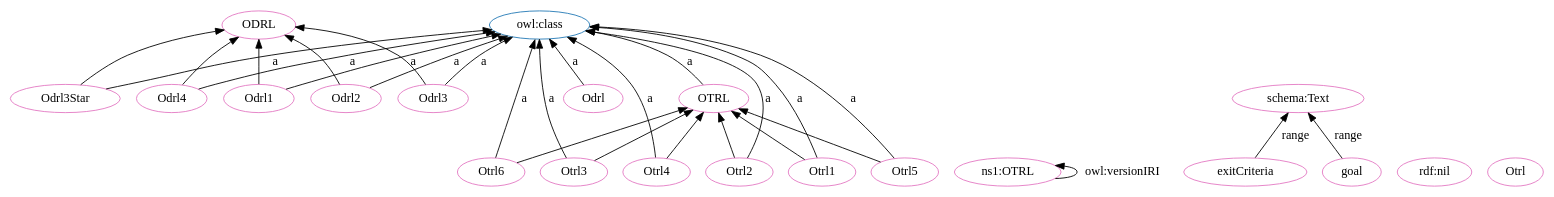
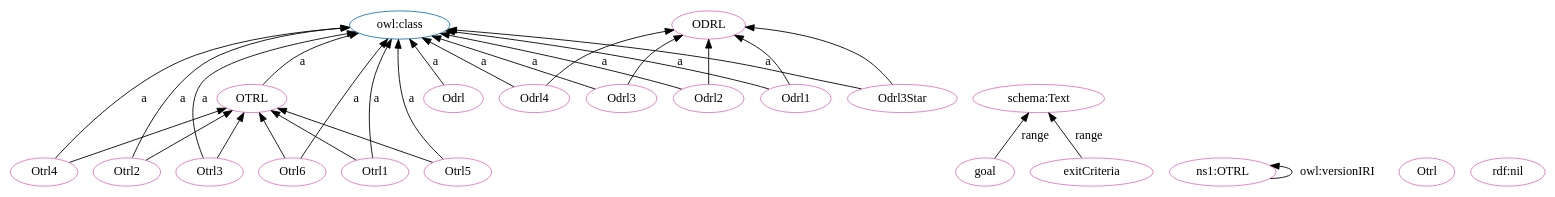
One commit to OPEN-NEXT/OKH-LOSH changed the diagram in OTRL-clean.dot. Above: the diagram before and after it, drawn with Graphviz. The commit also changed other lines of this file and 15 other files, not shown here.

```diff
--- a/OTRL-clean.dot
+++ b/OTRL-clean.dot
@@ -1,54 +1,54 @@
 digraph G {
   rankdir=BT
   node[height=.3]
+"http://www.w3.org/2002/07/owl#class" [fillcolor="#1f77b4" color="#1f77b4" label="owl:class"]
 "http://purl.org/oseg/ontologies/OTRL#ODRL" [fillcolor="#1f77b4" color="#1f77b4" label="ODRL"]
-"http://www.w3.org/2002/07/owl#class" [fillcolor="#1f77b4" color="#1f77b4" label="owl:class"]
 "http://purl.org/oseg/ontologies/OTRL#OTRL" [fillcolor="#1f77b4" color="#1f77b4" label="OTRL"]
-"http://purl.org/oseg/ontologies/OTRL" [fillcolor="#e377c2" color="#e377c2" label="ns1:OTRL"]
-"http://purl.org/oseg/ontologies/OTRL#Odrl3Star" [fillcolor="#e377c2" color="#e377c2" label="Odrl3Star"]
+"http://purl.org/oseg/ontologies/OTRL#Otrl3" [fillcolor="#e377c2" color="#e377c2" label="Otrl3"]
 "http://purl.org/oseg/ontologies/OTRL#Otrl6" [fillcolor="#e377c2" color="#e377c2" label="Otrl6"]
 "http://purl.org/oseg/ontologies/OTRL#ODRL" [fillcolor="#e377c2" color="#e377c2" label="ODRL"]
+"http://purl.org/oseg/ontologies/OTRL#goal" [fillcolor="#e377c2" color="#e377c2" label="goal"]
 "http://purl.org/oseg/ontologies/OTRL#Odrl4" [fillcolor="#e377c2" color="#e377c2" label="Odrl4"]
+"http://purl.org/oseg/ontologies/OTRL#Otrl1" [fillcolor="#e377c2" color="#e377c2" label="Otrl1"]
+"http://purl.org/oseg/ontologies/OTRL#Odrl" [fillcolor="#e377c2" color="#e377c2" label="Odrl"]
+"http://purl.org/oseg/ontologies/OTRL#exitCriteria" [fillcolor="#e377c2" color="#e377c2" label="exitCriteria"]
+"http://purl.org/oseg/ontologies/OTRL#OTRL" [fillcolor="#e377c2" color="#e377c2" label="OTRL"]
+"http://purl.org/oseg/ontologies/OTRL#Otrl5" [fillcolor="#e377c2" color="#e377c2" label="Otrl5"]
+"http://purl.org/oseg/ontologies/OTRL#Odrl3" [fillcolor="#e377c2" color="#e377c2" label="Odrl3"]
 "http://schema.org/Text" [fillcolor="#e377c2" color="#e377c2" label="schema:Text"]
-"http://purl.org/oseg/ontologies/OTRL#OTRL" [fillcolor="#e377c2" color="#e377c2" label="OTRL"]
-"http://purl.org/oseg/ontologies/OTRL#Odrl" [fillcolor="#e377c2" color="#e377c2" label="Odrl"]
-"http://www.w3.org/1999/02/22-rdf-syntax-ns#nil" [fillcolor="#e377c2" color="#e377c2" label="rdf:nil"]
-"http://purl.org/oseg/ontologies/OTRL#Otrl" [fillcolor="#e377c2" color="#e377c2" label="Otrl"]
-"http://purl.org/oseg/ontologies/OTRL#Otrl3" [fillcolor="#e377c2" color="#e377c2" label="Otrl3"]
 "http://purl.org/oseg/ontologies/OTRL#Odrl1" [fillcolor="#e377c2" color="#e377c2" label="Odrl1"]
+"http://purl.org/oseg/ontologies/OTRL" [fillcolor="#e377c2" color="#e377c2" label="ns1:OTRL"]
 "http://purl.org/oseg/ontologies/OTRL#Odrl2" [fillcolor="#e377c2" color="#e377c2" label="Odrl2"]
 "http://purl.org/oseg/ontologies/OTRL#Otrl4" [fillcolor="#e377c2" color="#e377c2" label="Otrl4"]
+"http://purl.org/oseg/ontologies/OTRL#Odrl3Star" [fillcolor="#e377c2" color="#e377c2" label="Odrl3Star"]
+"http://purl.org/oseg/ontologies/OTRL#Otrl" [fillcolor="#e377c2" color="#e377c2" label="Otrl"]
+"http://www.w3.org/1999/02/22-rdf-syntax-ns#nil" [fillcolor="#e377c2" color="#e377c2" label="rdf:nil"]
 "http://purl.org/oseg/ontologies/OTRL#Otrl2" [fillcolor="#e377c2" color="#e377c2" label="Otrl2"]
-"http://purl.org/oseg/ontologies/OTRL#exitCriteria" [fillcolor="#e377c2" color="#e377c2" label="exitCriteria"]
-"http://purl.org/oseg/ontologies/OTRL#Otrl1" [fillcolor="#e377c2" color="#e377c2" label="Otrl1"]
-"http://purl.org/oseg/ontologies/OTRL#goal" [fillcolor="#e377c2" color="#e377c2" label="goal"]
-"http://purl.org/oseg/ontologies/OTRL#Otrl5" [fillcolor="#e377c2" color="#e377c2" label="Otrl5"]
-"http://purl.org/oseg/ontologies/OTRL#Odrl3" [fillcolor="#e377c2" color="#e377c2" label="Odrl3"]
+  "http://purl.org/oseg/ontologies/OTRL#Otrl6" -> "http://www.w3.org/2002/07/owl#class" [label="a"]
+  "http://purl.org/oseg/ontologies/OTRL#Odrl2" -> "http://purl.org/oseg/ontologies/OTRL#ODRL" [label=""]
+  "http://purl.org/oseg/ontologies/OTRL#Odrl" -> "http://www.w3.org/2002/07/owl#class" [label="a"]
+  "http://purl.org/oseg/ontologies/OTRL#Otrl5" -> "http://purl.org/oseg/ontologies/OTRL#OTRL" [label=""]
+  "http://purl.org/oseg/ontologies/OTRL#OTRL" -> "http://www.w3.org/2002/07/owl#class" [label="a"]
+  "http://purl.org/oseg/ontologies/OTRL#goal" -> "http://schema.org/Text" [label="range"]
+  "http://purl.org/oseg/ontologies/OTRL#Odrl1" -> "http://www.w3.org/2002/07/owl#class" [label="a"]
+  "http://purl.org/oseg/ontologies/OTRL#Odrl1" -> "http://purl.org/oseg/ontologies/OTRL#ODRL" [label=""]
+  "http://purl.org/oseg/ontologies/OTRL#Otrl4" -> "http://purl.org/oseg/ontologies/OTRL#OTRL" [label=""]
+  "http://purl.org/oseg/ontologies/OTRL#Otrl2" -> "http://purl.org/oseg/ontologies/OTRL#OTRL" [label=""]
   "http://purl.org/oseg/ontologies/OTRL#Odrl3Star" -> "http://www.w3.org/2002/07/owl#class" [label="a"]
+  "http://purl.org/oseg/ontologies/OTRL#Otrl4" -> "http://www.w3.org/2002/07/owl#class" [label="a"]
+  "http://purl.org/oseg/ontologies/OTRL#Otrl3" -> "http://purl.org/oseg/ontologies/OTRL#OTRL" [label=""]
   "http://purl.org/oseg/ontologies/OTRL" -> "http://purl.org/oseg/ontologies/OTRL" [label="owl:versionIRI"]
-  "http://purl.org/oseg/ontologies/OTRL#Otrl2" -> "http://purl.org/oseg/ontologies/OTRL#OTRL" [label=""]
+  "http://purl.org/oseg/ontologies/OTRL#Odrl3" -> "http://purl.org/oseg/ontologies/OTRL#ODRL" [label=""]
+  "http://purl.org/oseg/ontologies/OTRL#Otrl2" -> "http://www.w3.org/2002/07/owl#class" [label="a"]
+  "http://purl.org/oseg/ontologies/OTRL#Otrl3" -> "http://www.w3.org/2002/07/owl#class" [label="a"]
+  "http://purl.org/oseg/ontologies/OTRL#Odrl3Star" -> "http://purl.org/oseg/ontologies/OTRL#ODRL" [label=""]
+  "http://purl.org/oseg/ontologies/OTRL#Odrl4" -> "http://www.w3.org/2002/07/owl#class" [label="a"]
+  "http://purl.org/oseg/ontologies/OTRL#Otrl1" -> "http://www.w3.org/2002/07/owl#class" [label="a"]
+  "http://purl.org/oseg/ontologies/OTRL#Odrl4" -> "http://purl.org/oseg/ontologies/OTRL#ODRL" [label=""]
+  "http://purl.org/oseg/ontologies/OTRL#Otrl5" -> "http://www.w3.org/2002/07/owl#class" [label="a"]
+  "http://purl.org/oseg/ontologies/OTRL#Odrl3" -> "http://www.w3.org/2002/07/owl#class" [label="a"]
+  "http://purl.org/oseg/ontologies/OTRL#Odrl2" -> "http://www.w3.org/2002/07/owl#class" [label="a"]
+  "http://purl.org/oseg/ontologies/OTRL#Otrl6" -> "http://purl.org/oseg/ontologies/OTRL#OTRL" [label=""]
   "http://purl.org/oseg/ontologies/OTRL#Otrl1" -> "http://purl.org/oseg/ontologies/OTRL#OTRL" [label=""]
-  "http://purl.org/oseg/ontologies/OTRL#Otrl5" -> "http://purl.org/oseg/ontologies/OTRL#OTRL" [label=""]
-  "http://purl.org/oseg/ontologies/OTRL#Otrl3" -> "http://www.w3.org/2002/07/owl#class" [label="a"]
-  "http://purl.org/oseg/ontologies/OTRL#Otrl1" -> "http://www.w3.org/2002/07/owl#class" [label="a"]
-  "http://purl.org/oseg/ontologies/OTRL#Odrl1" -> "http://purl.org/oseg/ontologies/OTRL#ODRL" [label=""]
-  "http://purl.org/oseg/ontologies/OTRL#Otrl6" -> "http://www.w3.org/2002/07/owl#class" [label="a"]
-  "http://purl.org/oseg/ontologies/OTRL#Odrl4" -> "http://purl.org/oseg/ontologies/OTRL#ODRL" [label=""]
-  "http://purl.org/oseg/ontologies/OTRL#Odrl4" -> "http://www.w3.org/2002/07/owl#class" [label="a"]
-  "http://purl.org/oseg/ontologies/OTRL#goal" -> "http://schema.org/Text" [label="range"]
-  "http://purl.org/oseg/ontologies/OTRL#OTRL" -> "http://www.w3.org/2002/07/owl#class" [label="a"]
   "http://purl.org/oseg/ontologies/OTRL#exitCriteria" -> "http://schema.org/Text" [label="range"]
-  "http://purl.org/oseg/ontologies/OTRL#Odrl1" -> "http://www.w3.org/2002/07/owl#class" [label="a"]
-  "http://purl.org/oseg/ontologies/OTRL#Odrl" -> "http://www.w3.org/2002/07/owl#class" [label="a"]
-  "http://purl.org/oseg/ontologies/OTRL#Odrl2" -> "http://purl.org/oseg/ontologies/OTRL#ODRL" [label=""]
-  "http://purl.org/oseg/ontologies/OTRL#Odrl2" -> "http://www.w3.org/2002/07/owl#class" [label="a"]
-  "http://purl.org/oseg/ontologies/OTRL#Otrl4" -> "http://purl.org/oseg/ontologies/OTRL#OTRL" [label=""]
-  "http://purl.org/oseg/ontologies/OTRL#Otrl4" -> "http://www.w3.org/2002/07/owl#class" [label="a"]
-  "http://purl.org/oseg/ontologies/OTRL#Otrl6" -> "http://purl.org/oseg/ontologies/OTRL#OTRL" [label=""]
-  "http://purl.org/oseg/ontologies/OTRL#Odrl3Star" -> "http://purl.org/oseg/ontologies/OTRL#ODRL" [label=""]
-  "http://purl.org/oseg/ontologies/OTRL#Otrl2" -> "http://www.w3.org/2002/07/owl#class" [label="a"]
-  "http://purl.org/oseg/ontologies/OTRL#Otrl5" -> "http://www.w3.org/2002/07/owl#class" [label="a"]
-  "http://purl.org/oseg/ontologies/OTRL#Otrl3" -> "http://purl.org/oseg/ontologies/OTRL#OTRL" [label=""]
-  "http://purl.org/oseg/ontologies/OTRL#Odrl3" -> "http://purl.org/oseg/ontologies/OTRL#ODRL" [label=""]
-  "http://purl.org/oseg/ontologies/OTRL#Odrl3" -> "http://www.w3.org/2002/07/owl#class" [label="a"]
 }
```
